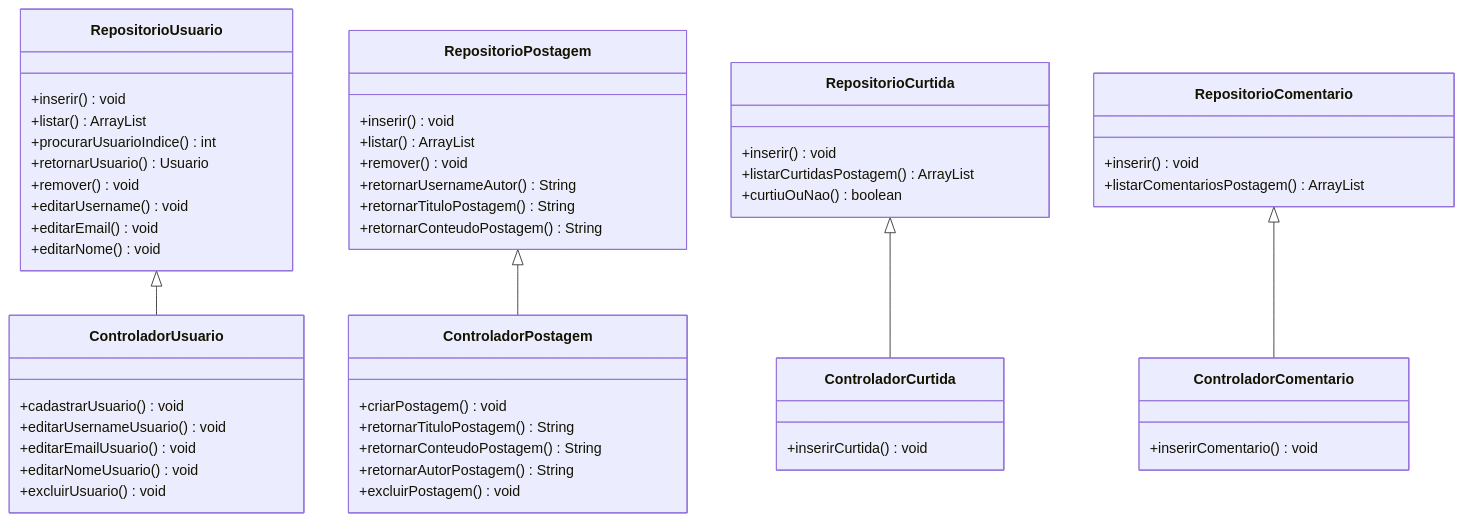
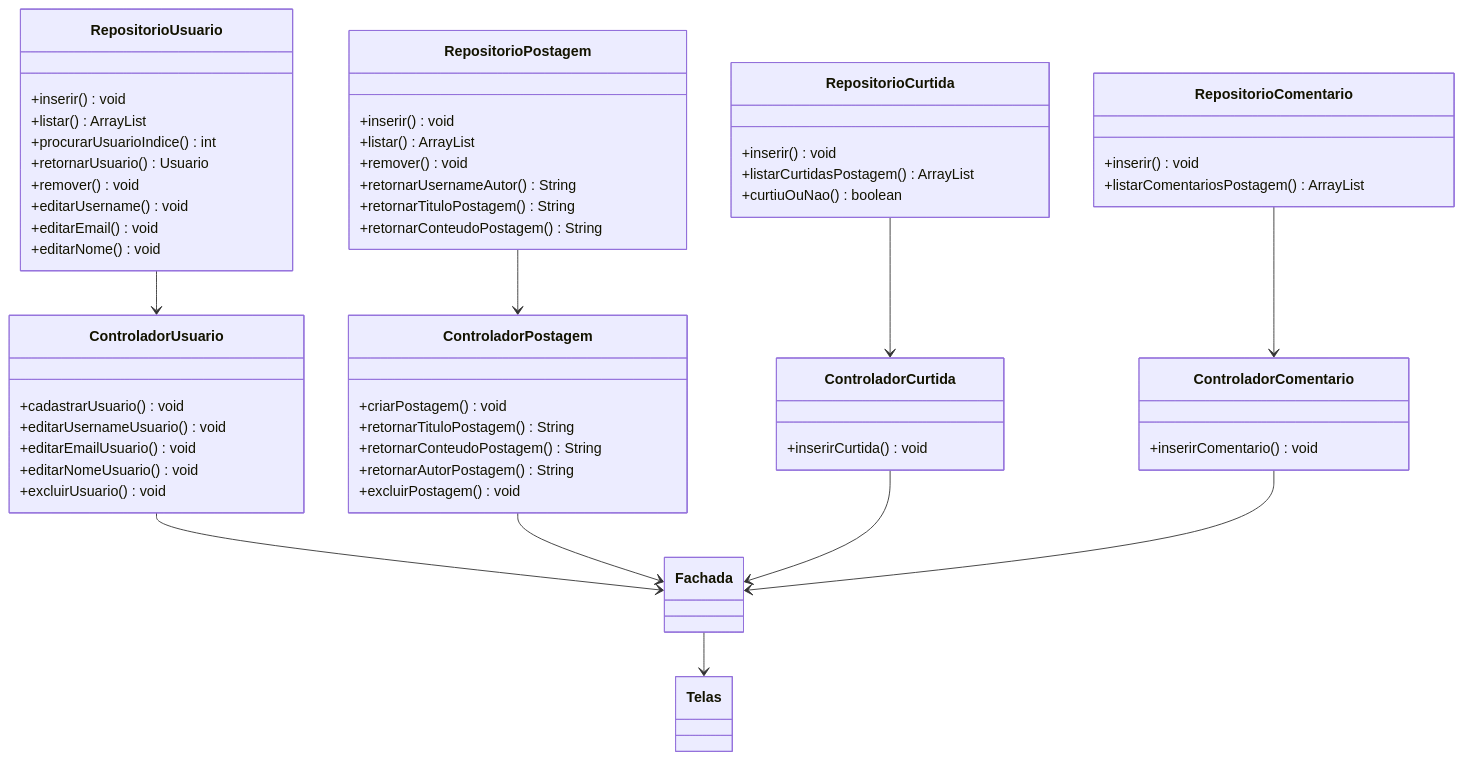
One commit to Uslipe/Saboreando2 changed the diagram in README.md. Above: the diagram before and after it, drawn with Mermaid.

````diff
--- a/README.md
+++ b/README.md
@@ -24,63 +24,72 @@
  ```mermaid
 classDiagram
+
+    
+    class ControladorPostagem {
+        +criarPostagem()  void
+        +retornarTituloPostagem()  String
+        +retornarConteudoPostagem()  String
+        +retornarAutorPostagem()  String
+        +excluirPostagem()  void
+    }
+
+    class ControladorUsuario {
+        +cadastrarUsuario()  void
+        +editarUsernameUsuario()  void
+        +editarEmailUsuario()  void
+        +editarNomeUsuario()  void
+        +excluirUsuario()  void
+    }
+
+    class ControladorCurtida {
+        +inserirCurtida()  void
+    }
+
+    class ControladorComentario {
+        +inserirComentario()  void
+    }
 
     class RepositorioUsuario {
         +inserir()  void
         +listar()  ArrayList<Usuario>
         +procurarUsuarioIndice()  int
         +retornarUsuario()  Usuario
         +remover()  void
         +editarUsername()  void
         +editarEmail()  void
         +editarNome()  void
     }
 
     class RepositorioPostagem {
         +inserir()  void
         +listar()  ArrayList<Postagem>
         +remover()  void
         +retornarUsernameAutor()  String
         +retornarTituloPostagem()  String
         +retornarConteudoPostagem()  String
     }
 
     class RepositorioCurtida {
         +inserir()  void
         +listarCurtidasPostagem()  ArrayList<Curtida>
         +curtiuOuNao()  boolean
     }
 
     class RepositorioComentario {
         +inserir()  void
         +listarComentariosPostagem()  ArrayList<Comentario>
     }
 
-    class ControladorPostagem {
-        +criarPostagem()  void
-        +retornarTituloPostagem()  String
-        +retornarConteudoPostagem()  String
-        +retornarAutorPostagem()  String
-        +excluirPostagem()  void
-    }
+    Fachada --> Telas
+  
+    ControladorUsuario --> Fachada
+    ControladorPostagem --> Fachada
+    ControladorCurtida --> Fachada
+    ControladorComentario --> Fachada
 
-    class ControladorUsuario {
-        +cadastrarUsuario()  void
-        +editarUsernameUsuario()  void
-        +editarEmailUsuario()  void
-        +editarNomeUsuario()  void
-        +excluirUsuario()  void
-    }
+    RepositorioUsuario --> ControladorUsuario
+    RepositorioPostagem --> ControladorPostagem
+    RepositorioCurtida --> ControladorCurtida
+    RepositorioComentario --> ControladorComentario
 
-    class ControladorCurtida {
-        +inserirCurtida()  void
-    }
-
-    class ControladorComentario {
-        +inserirComentario()  void
-    }
-
-    RepositorioUsuario <|-- ControladorUsuario
-    RepositorioPostagem <|-- ControladorPostagem
-    RepositorioCurtida <|-- ControladorCurtida
-    RepositorioComentario <|-- ControladorComentario
 ```
````
